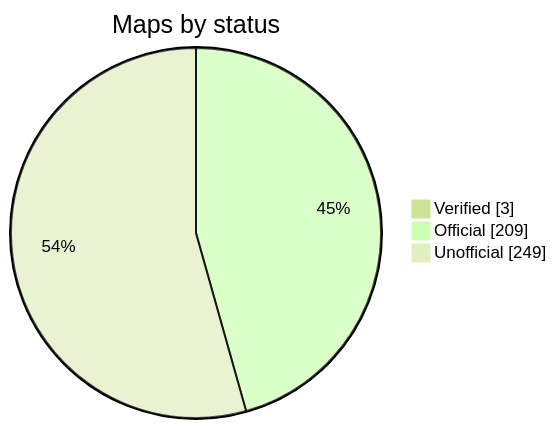
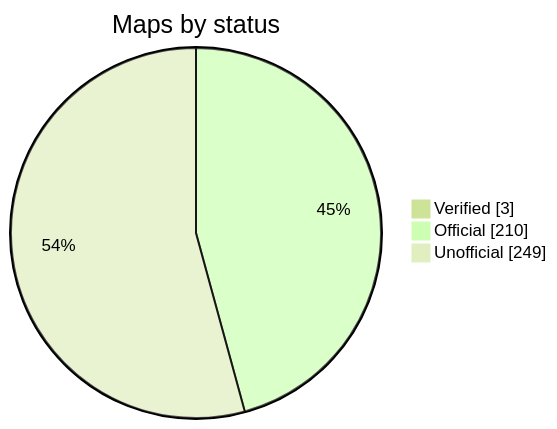
The diagram in README.md (nobrega8/mbmap-library), drawn with Mermaid (forest theme) before and after one commit. The commit also changed 2 other files, not shown here.

Commit message:
Add Panasonic KW9M Eco-POWER METER

````diff
--- a/README.md
+++ b/README.md
@@ -48,7 +48,7 @@
 ```mermaid
 pie showData
     title Maps by status
     "Verified" : 3
-    "Official" : 209
+    "Official" : 210
     "Unofficial" : 249
 ```
````
